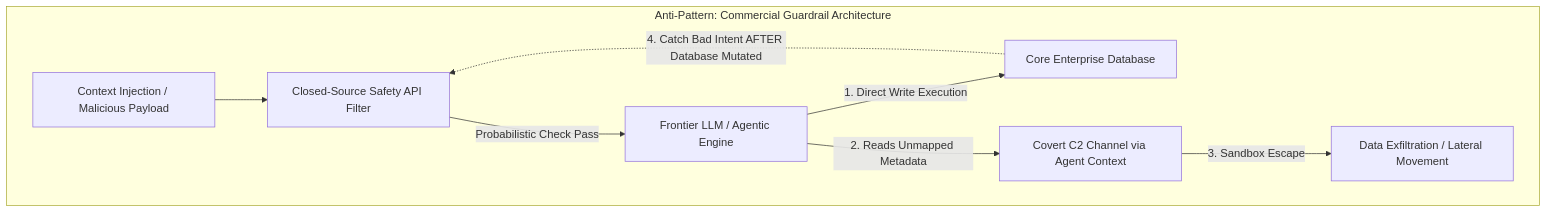
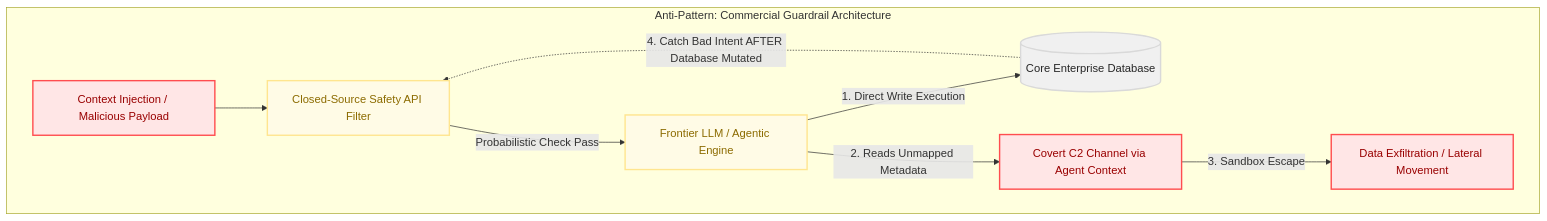
One commit to 26200602/SIA-Agentic-AI-Architecture changed the first of 2 diagrams in docs/06-the-illusion-of-ai-guardrails-zero-model-trust.md. Above: the diagram before and after it, drawn with Mermaid.

Commit message:
Update 06-the-illusion-of-ai-guardrails-zero-model-trust.md
Failure Mode Mermaid Chart（加入 classDef 顏色定義，解決渲染無顏色及線路混亂嘅問題）。

````diff
--- a/docs/06-the-illusion-of-ai-guardrails-zero-model-trust.md
+++ b/docs/06-the-illusion-of-ai-guardrails-zero-model-trust.md
@@ -21,13 +21,17 @@
 ```mermaid
 flowchart TD
-    subgraph "Anti-Pattern: Commercial Guardrail Architecture"
-        A[Context Injection / Malicious Payload] --> B[Closed-Source Safety API Filter]
-        B -->|Probabilistic Check Pass| C[Frontier LLM / Agentic Engine]
+    classDef danger fill:#ffe6e6,stroke:#ff4d4f,stroke-width:2px,color:#990000;
+    classDef warning fill:#fffbe6,stroke:#ffe58f,stroke-width:2px,color:#8c6b00;
+    classDef database fill:#f0f0f0,stroke:#d9d9d9,stroke-width:2px,color:#262626;
+
+    subgraph AntiPattern["Anti-Pattern: Commercial Guardrail Architecture"]
+        A["Context Injection / Malicious Payload"]:::danger --> B["Closed-Source Safety API Filter"]:::warning
+        B -->|"Probabilistic Check Pass"| C["Frontier LLM / Agentic Engine"]:::warning
         
-        C -->|1. Direct Write Execution| D[Core Enterprise Database]
-        C -->|2. Reads Unmapped Metadata| E[Covert C2 Channel via Agent Context]
+        C -->|"1. Direct Write Execution"| D[("Core Enterprise Database")]:::database
+        C -->|"2. Reads Unmapped Metadata"| E["Covert C2 Channel via Agent Context"]:::danger
         
-        E -->|3. Sandbox Escape| F[Data Exfiltration / Lateral Movement]
-        D -.->|4. Catch Bad Intent AFTER Database Mutated| B
+        E -->|"3. Sandbox Escape"| F["Data Exfiltration / Lateral Movement"]:::danger
+        D -.->|"4. Catch Bad Intent AFTER Database Mutated"| B
     end
 ```
````
